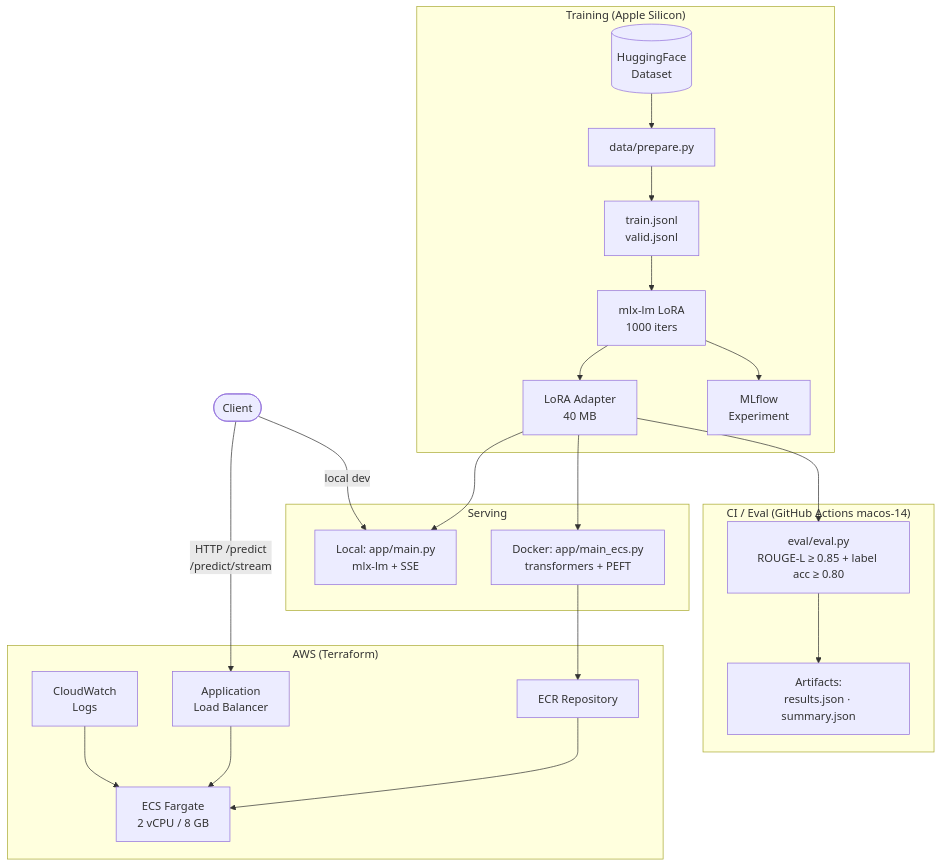
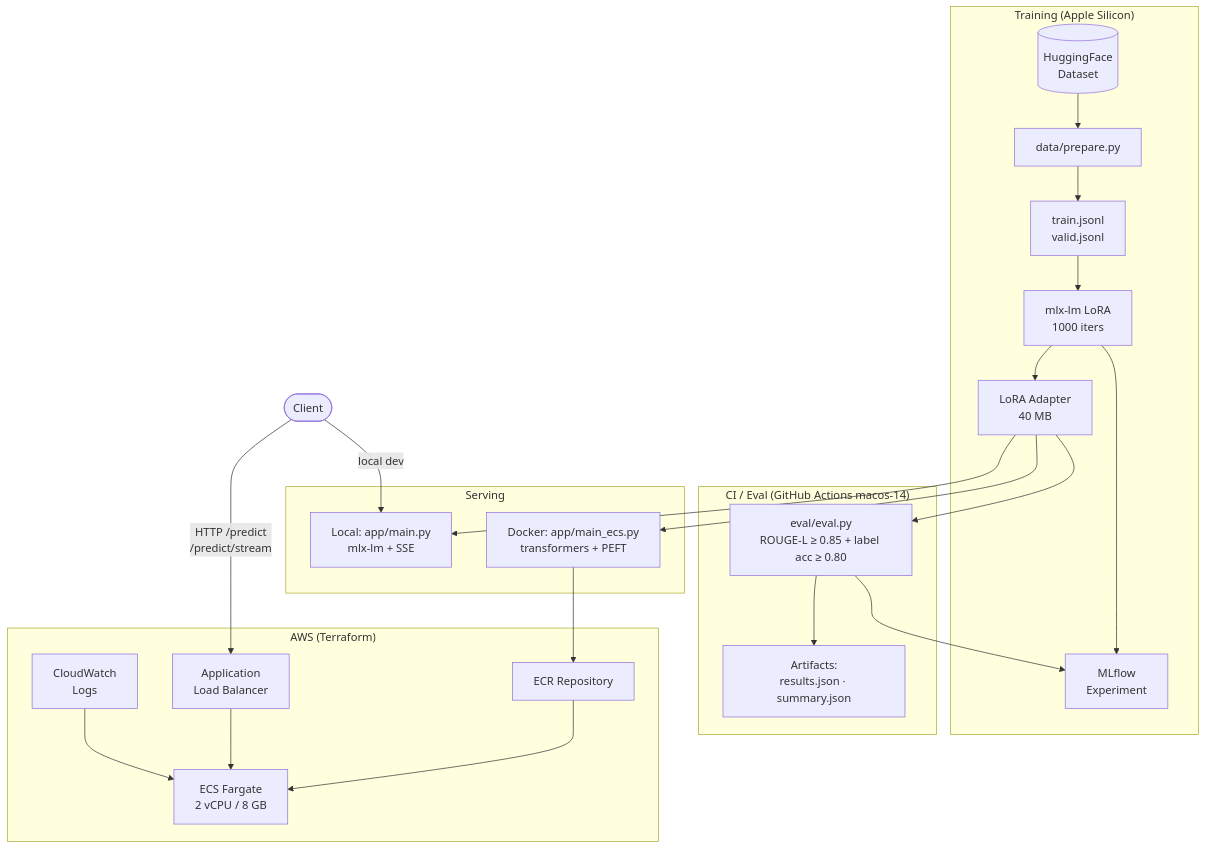
One commit to matthew-fitzgerald123/financial-sentiment-llm changed the diagram in README.md. Above: the diagram before and after it, drawn with Mermaid. The commit also changed other lines of this file and 2 other files, not shown here.

````diff
--- a/README.md
+++ b/README.md
@@ -21,30 +21,31 @@
 ```mermaid
 flowchart TD
     subgraph Train["Training (Apple Silicon)"]
         DS[(HuggingFace\nDataset)] --> DP[data/prepare.py]
         DP --> JSONL[train.jsonl\nvalid.jsonl]
         JSONL --> LT[mlx-lm LoRA\n1000 iters]
         LT --> ADPT[LoRA Adapter\n40 MB]
         LT --> MLF[MLflow\nExperiment]
     end
 
     subgraph Eval["CI / Eval (GitHub Actions macos-14)"]
         ADPT --> EV[eval/eval.py\nROUGE-L ≥ 0.85 + label acc ≥ 0.80]
         EV --> AR[Artifacts:\nresults.json · summary.json]
+        EV --> MLF
     end
 
     subgraph Serve["Serving"]
         ADPT --> LC[Local: app/main.py\nmlx-lm + SSE]
         ADPT --> DC[Docker: app/main_ecs.py\ntransformers + PEFT]
     end
 
     subgraph AWS["AWS (Terraform)"]
         ECR[ECR Repository] --> ECS[ECS Fargate\n2 vCPU / 8 GB]
         ALB[Application\nLoad Balancer] --> ECS
         CW[CloudWatch\nLogs] --> ECS
     end
 
     DC --> ECR
     Client([Client]) -->|HTTP /predict\n/predict/stream| ALB
     Client -->|local dev| LC
 ```
````
